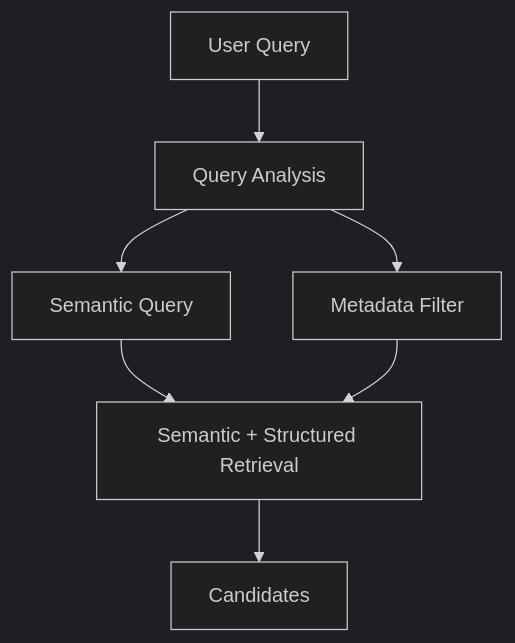
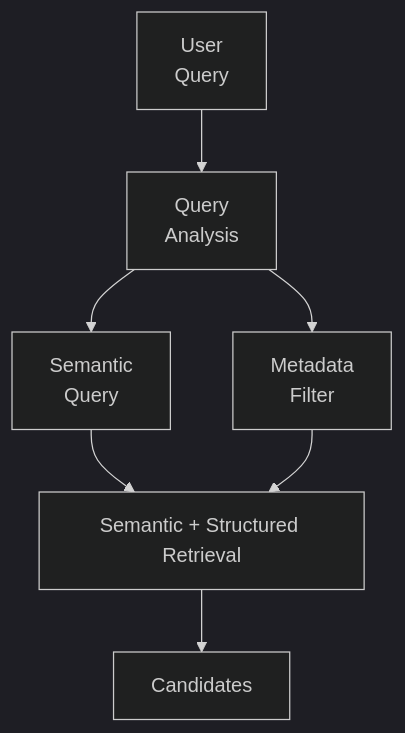
The second of 4 diagrams in docs/architecture-insights/genai-and-rag/2.4-structuring-metadata-and-document-aware-retrieval.md (MihirKJha/enterprise-ai-blog), drawn with Mermaid (dark theme) before and after one commit. The commit also changed other lines of this file, not shown here.

````diff
--- a/docs/architecture-insights/genai-and-rag/2.4-structuring-metadata-and-document-aware-retrieval.md
+++ b/docs/architecture-insights/genai-and-rag/2.4-structuring-metadata-and-document-aware-retrieval.md
@@ -244,16 +244,16 @@
 ```mermaid
 graph TD
-    A[User Query]
-    B[Query Analysis]
-    C[Semantic Query]
-    D[Metadata Filter]
+    A[User<br/>Query]
+    B[Query<br/>Analysis]
+    C[Semantic<br/>Query]
+    D[Metadata<br/>Filter]
     E[Semantic + Structured Retrieval]
-    F[Candidates]
+    F[ Candidates ]
 
     A --> B
     B --> C
     B --> D
     C --> E
     D --> E
     E --> F
 ```
````
